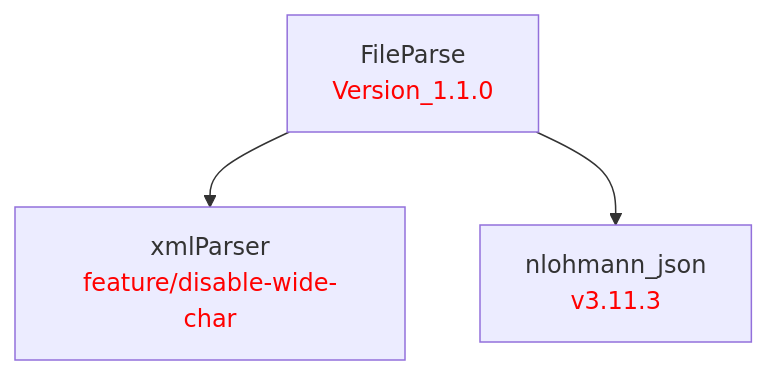
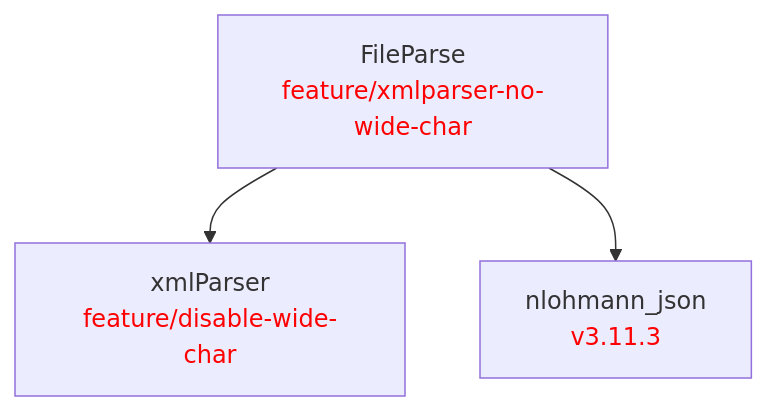
The diagram in doc/FileParse.md (LBNL-ETA/FileParse), drawn with Mermaid before and after one commit.

Commit message:
Update dependency chart to use branch name instead of version tag

````diff
--- a/doc/FileParse.md
+++ b/doc/FileParse.md
@@ -1,11 +1,11 @@
 ```mermaid
 graph TD
     %% Package definitions
     xmlParser[xmlParser<br/><font color='red'>feature/disable-wide-char</font>]
     nlohmann_json[nlohmann_json<br/><font color='red'>v3.11.3</font>]
-    FileParse[FileParse<br/><font color='red'>Version_1.1.0</font>]
+    FileParse[FileParse<br/><font color='red'>feature/xmlparser-no-wide-char</font>]
 
     %% Package relations
     FileParse --> xmlParser
     FileParse --> nlohmann_json
 ```
````
